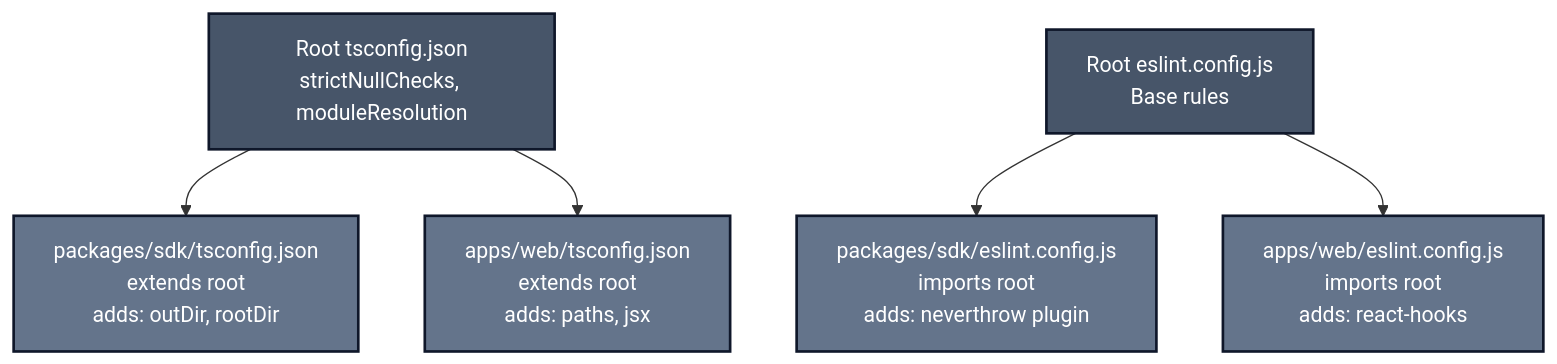
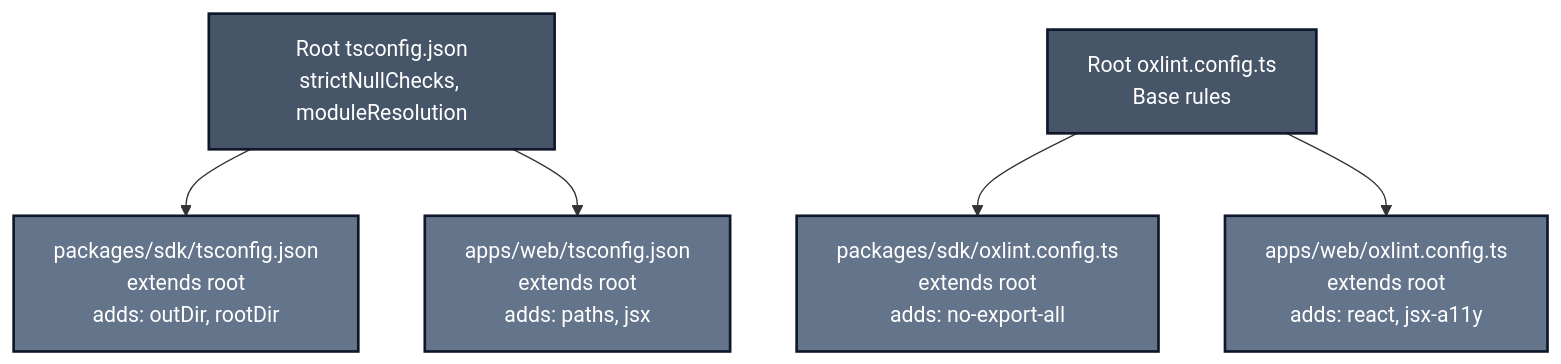
Before and after one commit to jagreehal/jagreehal-typescript-patterns: the second of 2 diagrams in src/content/docs/patterns/monorepos.md, drawn with Mermaid. The commit also changed other lines of this file and 60 other files, not shown here.

````diff
--- a/src/content/docs/patterns/monorepos.md
+++ b/src/content/docs/patterns/monorepos.md
@@ -225,15 +225,15 @@
 ```mermaid
 graph TD
     A["Root tsconfig.json<br/>strictNullChecks, moduleResolution"] --> B["packages/sdk/tsconfig.json<br/>extends root<br/>adds: outDir, rootDir"]
     A --> C["apps/web/tsconfig.json<br/>extends root<br/>adds: paths, jsx"]
 
-    D["Root eslint.config.js<br/>Base rules"] --> E["packages/sdk/eslint.config.js<br/>imports root<br/>adds: neverthrow plugin"]
-    D --> F["apps/web/eslint.config.js<br/>imports root<br/>adds: react-hooks"]
+    D["Root oxlint.config.ts<br/>Base rules"] --> E["packages/sdk/oxlint.config.ts<br/>extends root<br/>adds: no-export-all"]
+    D --> F["apps/web/oxlint.config.ts<br/>extends root<br/>adds: react, jsx-a11y"]
 
     style A fill:#475569,stroke:#0f172a,stroke-width:2px,color:#fff
     style D fill:#475569,stroke:#0f172a,stroke-width:2px,color:#fff
     style B fill:#64748b,stroke:#0f172a,stroke-width:2px,color:#fff
     style C fill:#64748b,stroke:#0f172a,stroke-width:2px,color:#fff
     style E fill:#64748b,stroke:#0f172a,stroke-width:2px,color:#fff
     style F fill:#64748b,stroke:#0f172a,stroke-width:2px,color:#fff
 ```
````
